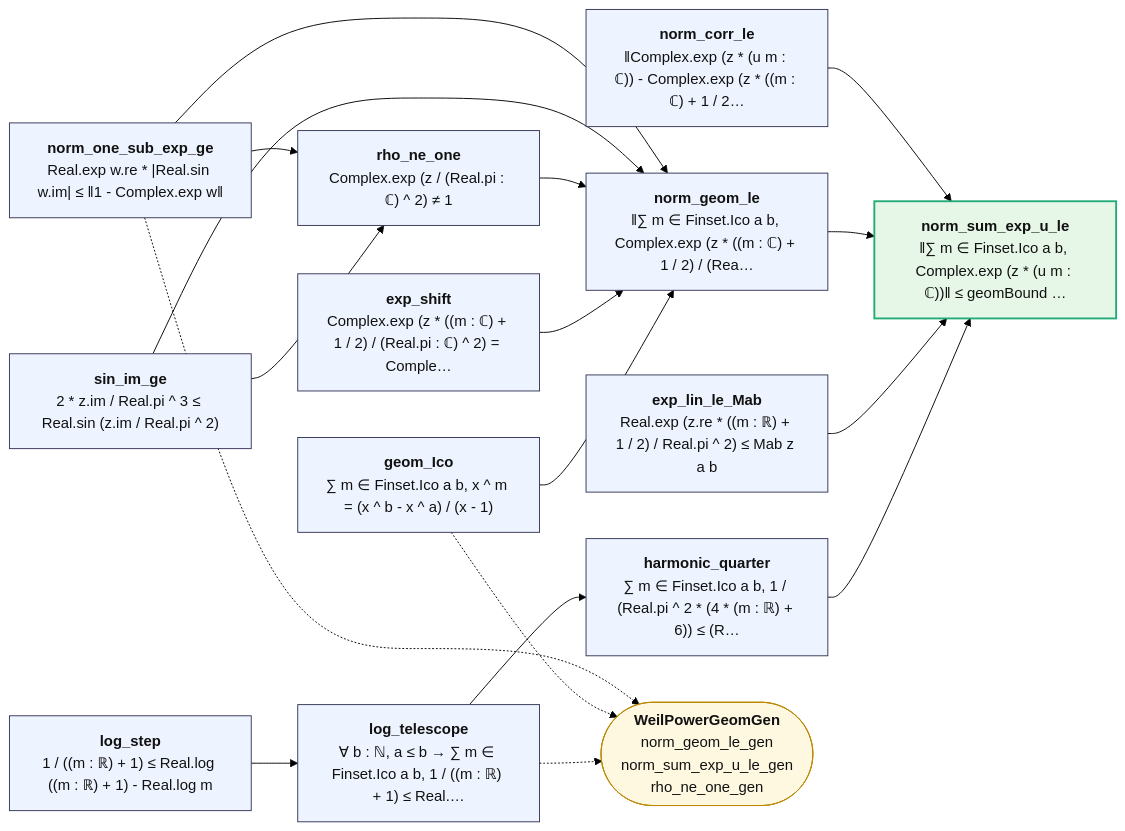
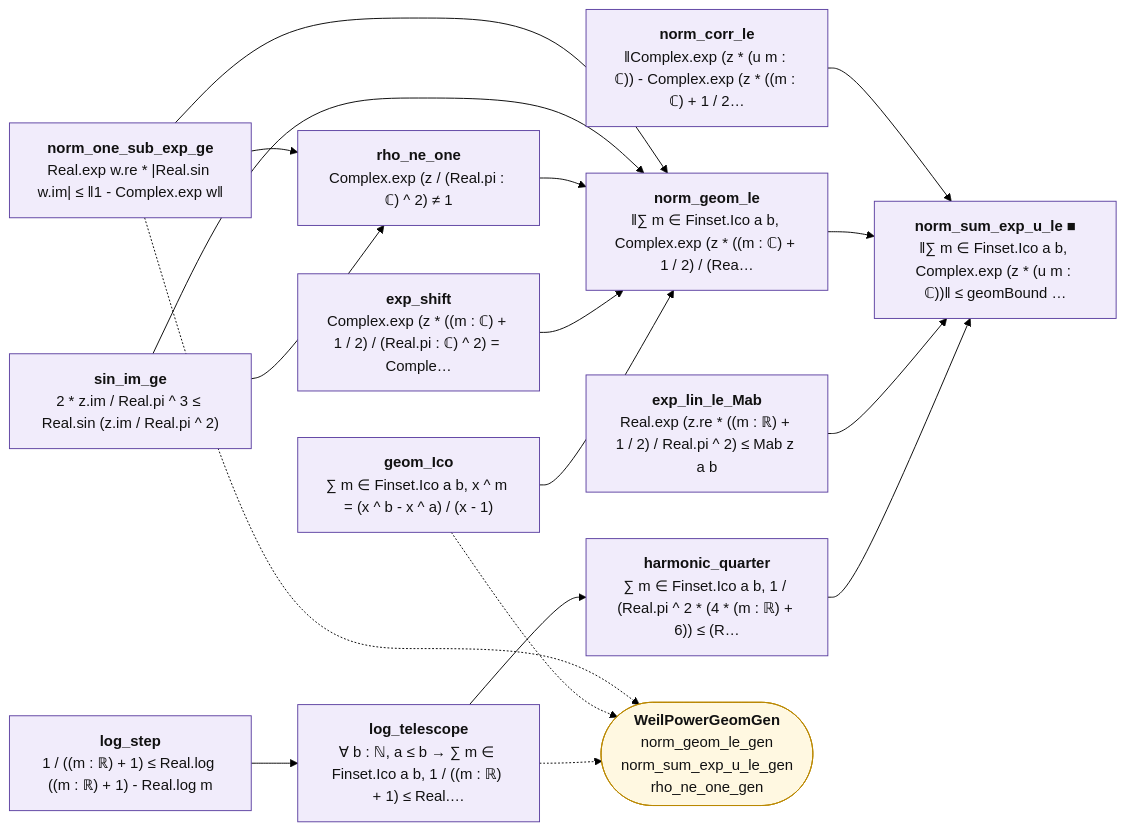
One commit to juliansambranojr/Primebeat_081426 changed the diagram in map/lean_stage3/WeilPowerGeom.md. Above: the diagram before and after it, drawn with Mermaid (forest theme). The commit also changed other lines of this file and 398 other files, not shown here.

````diff
--- a/map/lean_stage3/WeilPowerGeom.md
+++ b/map/lean_stage3/WeilPowerGeom.md
@@ -12,37 +12,40 @@
 ```mermaid
 flowchart LR
-  n0["<b>norm_one_sub_exp_ge</b><br/>Real.exp w.re * |Real.sin w.im| ≤ ‖1 - Complex.exp w‖"]:::thm
-  n1["<b>sin_im_ge</b><br/>2 * z.im / Real.pi ^ 3 ≤ Real.sin (z.im / Real.pi ^ 2)"]:::thm
-  n2["<b>rho_ne_one</b><br/>Complex.exp (z / (Real.pi : ℂ) ^ 2) ≠ 1"]:::thm
-  n3["<b>exp_shift</b><br/>Complex.exp (z * ((m : ℂ) + 1 / 2) / (Real.pi : ℂ) ^ 2) = Comple…"]:::thm
-  n4["<b>geom_Ico</b><br/>∑ m ∈ Finset.Ico a b, x ^ m = (x ^ b - x ^ a) / (x - 1)"]:::thm
-  n5["<b>norm_geom_le</b><br/>‖∑ m ∈ Finset.Ico a b, Complex.exp (z * ((m : ℂ) + 1 / 2) / (Rea…"]:::thm
-  n6["<b>exp_lin_le_Mab</b><br/>Real.exp (z.re * ((m : ℝ) + 1 / 2) / Real.pi ^ 2) ≤ Mab z a b"]:::thm
-  n7["<b>log_step</b><br/>1 / ((m : ℝ) + 1) ≤ Real.log ((m : ℝ) + 1) - Real.log m"]:::thm
-  n8["<b>log_telescope</b><br/>∀ b : ℕ, a ≤ b → ∑ m ∈ Finset.Ico a b, 1 / ((m : ℝ) + 1) ≤ Real.…"]:::thm
-  n9["<b>harmonic_quarter</b><br/>∑ m ∈ Finset.Ico a b, 1 / (Real.pi ^ 2 * (4 * (m : ℝ) + 6)) ≤ (R…"]:::thm
-  n10["<b>norm_corr_le</b><br/>‖Complex.exp (z * (u m : ℂ)) - Complex.exp (z * ((m : ℂ) + 1 / 2…"]:::thm
-  n11["<b>norm_sum_exp_u_le</b><br/>‖∑ m ∈ Finset.Ico a b, Complex.exp (z * (u m : ℂ))‖ ≤ geomBound …"]:::end_
+  n0["<b>norm_one_sub_exp_ge</b><br/>Real.exp w.re * |Real.sin w.im| ≤ ‖1 - Complex.exp w‖"]:::shp
+  n1["<b>sin_im_ge</b><br/>2 * z.im / Real.pi ^ 3 ≤ Real.sin (z.im / Real.pi ^ 2)"]:::shp
+  n2["<b>rho_ne_one</b><br/>Complex.exp (z / (Real.pi : ℂ) ^ 2) ≠ 1"]:::shp
+  n3["<b>exp_shift</b><br/>Complex.exp (z * ((m : ℂ) + 1 / 2) / (Real.pi : ℂ) ^ 2) = Comple…"]:::shp
+  n4["<b>geom_Ico</b><br/>∑ m ∈ Finset.Ico a b, x ^ m = (x ^ b - x ^ a) / (x - 1)"]:::shp
+  n5["<b>norm_geom_le</b><br/>‖∑ m ∈ Finset.Ico a b, Complex.exp (z * ((m : ℂ) + 1 / 2) / (Rea…"]:::shp
+  n6["<b>exp_lin_le_Mab</b><br/>Real.exp (z.re * ((m : ℝ) + 1 / 2) / Real.pi ^ 2) ≤ Mab z a b"]:::shp
+  n7["<b>log_step</b><br/>1 / ((m : ℝ) + 1) ≤ Real.log ((m : ℝ) + 1) - Real.log m"]:::shp
+  n8["<b>log_telescope</b><br/>∀ b : ℕ, a ≤ b → ∑ m ∈ Finset.Ico a b, 1 / ((m : ℝ) + 1) ≤ Real.…"]:::shp
+  n9["<b>harmonic_quarter</b><br/>∑ m ∈ Finset.Ico a b, 1 / (Real.pi ^ 2 * (4 * (m : ℝ) + 6)) ≤ (R…"]:::shp
+  n10["<b>norm_corr_le</b><br/>‖Complex.exp (z * (u m : ℂ)) - Complex.exp (z * ((m : ℂ) + 1 / 2…"]:::shp
+  n11["<b>norm_sum_exp_u_le ■</b><br/>‖∑ m ∈ Finset.Ico a b, Complex.exp (z * (u m : ℂ))‖ ≤ geomBound …"]:::shp
   x0(["<b>WeilPowerGeomGen</b><br/>norm_geom_le_gen<br/>norm_sum_exp_u_le_gen<br/>rho_ne_one_gen"]):::ext
   n0 --> n2
   n0 --> n5
   n1 --> n2
   n1 --> n5
   n10 --> n11
   n2 --> n5
   n3 --> n5
   n4 --> n5
   n5 --> n11
   n6 --> n11
   n7 --> n8
   n8 --> n9
   n9 --> n11
   n0 -.-> x0
   n4 -.-> x0
   n8 -.-> x0
+  classDef cnt fill:#dff5ec,stroke:#17694a,color:#111
+  classDef shp fill:#f1ecfb,stroke:#5b3fa0,color:#111
+  classDef rh fill:#ffe5e5,stroke:#c22,color:#111,stroke-width:2px
   classDef thm fill:#eef4ff,stroke:#335,color:#111
   classDef end_ fill:#e7f7e7,stroke:#2a7,color:#111,stroke-width:2px
   classDef lone fill:#fff,stroke:#999,color:#111,stroke-dasharray:4 3
   classDef bad fill:#ffe5e5,stroke:#c22,color:#111,stroke-width:2px
   classDef ext fill:#fff8e1,stroke:#b80,color:#111
 ```
````
